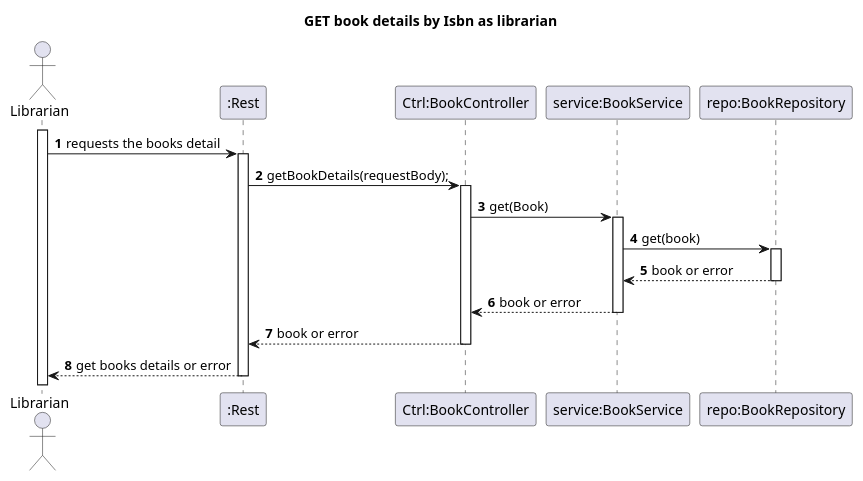
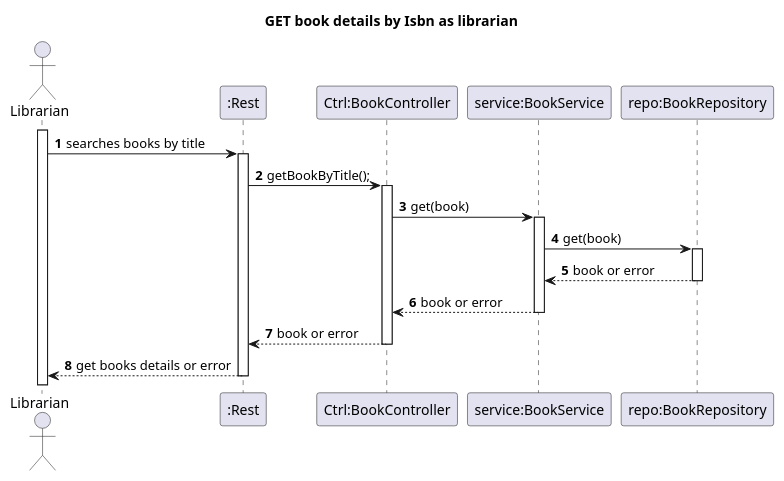
The diagram in Docs/Phase2/WP2B-Books/Ph2-8-SearchBooksByTItle/Ph2-8-SearchBooksByTitle.puml (rutemf/1220944_1220772_G01), drawn with PlantUML before and after one commit. The commit also changed 5 other files, not shown here.

```diff
--- a/Docs/Phase2/WP2B-Books/Ph2-8-SearchBooksByTItle/Ph2-8-SearchBooksByTitle.puml
+++ b/Docs/Phase2/WP2B-Books/Ph2-8-SearchBooksByTItle/Ph2-8-SearchBooksByTitle.puml
@@ -1,27 +1,27 @@
 @startuml
 'https://plantuml.com/sequence-diagram
 autoactivate on
 autonumber
 
 title GET book details by Isbn as librarian
 
 actor "Librarian" as User
 participant ":Rest" as Rest
 participant "Ctrl:BookController" as Ctrl
 participant "service:BookService" as Service
 participant "repo:BookRepository" as Repo
 
 activate User
 
-User -> Rest: requests the books detail
+User -> Rest: searches books by title
 
-Rest -> Ctrl: getBookDetails(requestBody);
+Rest -> Ctrl: getBookByTitle();
 
-Ctrl -> Service: get(Book)
+Ctrl -> Service: get(book)
 Service -> Repo: get(book)
 Repo --> Service: book or error
 Service --> Ctrl: book or error
 Ctrl --> Rest: book or error
 Rest --> User: get books details or error
 
 @enduml
```
